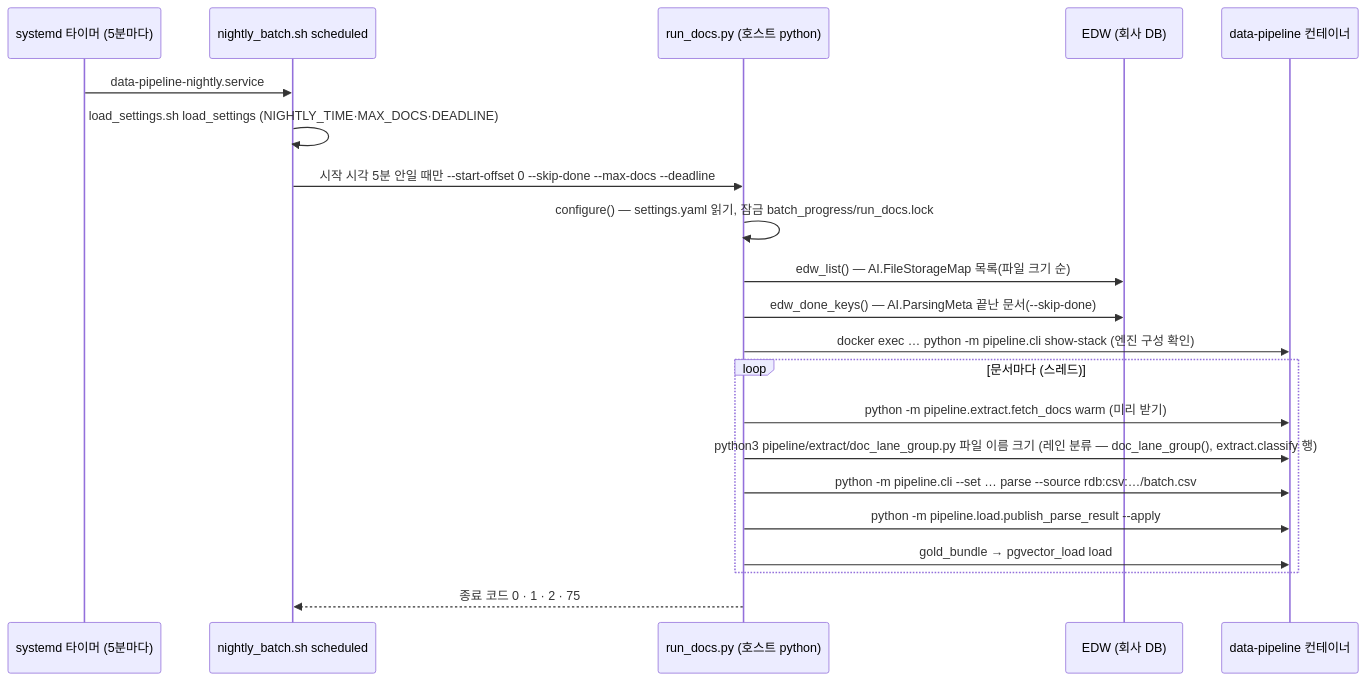
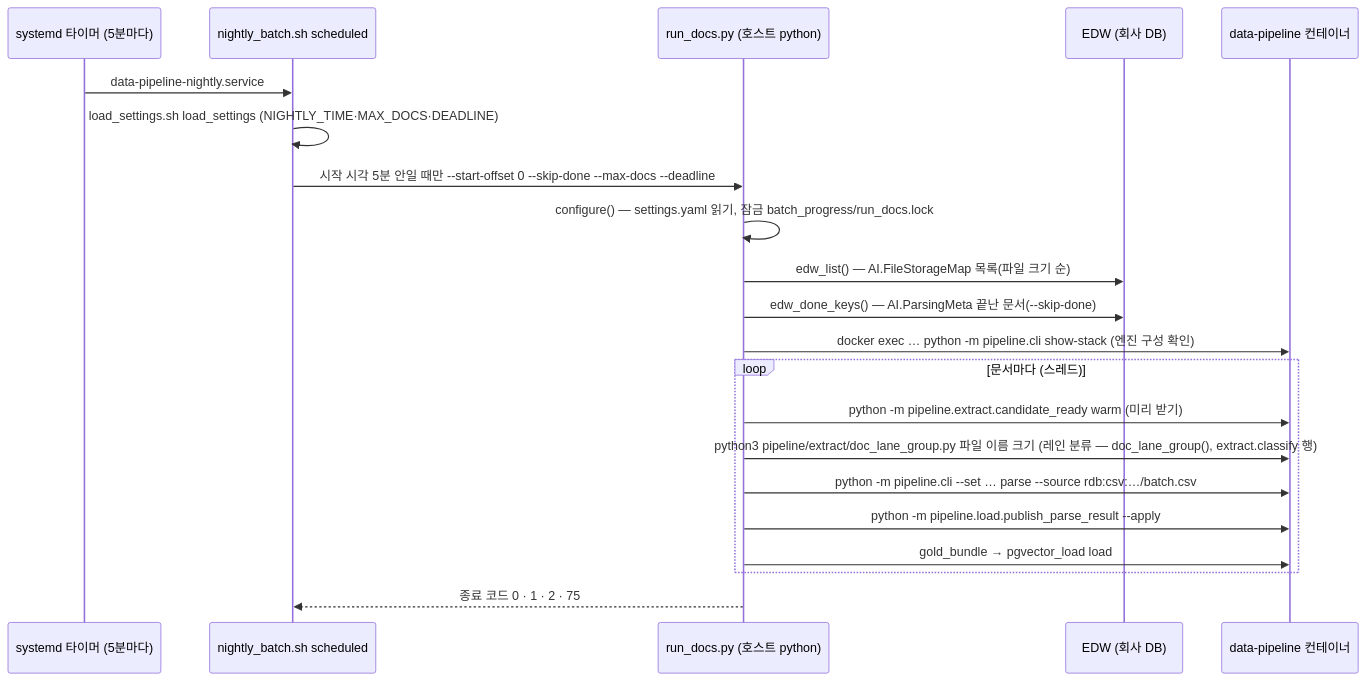
The second of 11 diagrams in docs/architecture/parse_flow.md (gigasamba/sbl_data_parsing), drawn with Mermaid before and after one commit. The commit also changed other lines of this file and 15 other files, not shown here.

````diff
--- a/docs/architecture/parse_flow.md
+++ b/docs/architecture/parse_flow.md
@@ -79,23 +79,23 @@
 ```mermaid
 sequenceDiagram
     participant T as systemd 타이머 (5분마다)
     participant S as nightly_batch.sh scheduled
     participant R as run_docs.py (호스트 python)
     participant E as EDW (회사 DB)
     participant C as data-pipeline 컨테이너
     T->>S: data-pipeline-nightly.service
     S->>S: load_settings.sh load_settings (NIGHTLY_TIME·MAX_DOCS·DEADLINE)
     S->>R: 시작 시각 5분 안일 때만 --start-offset 0 --skip-done --max-docs --deadline
     R->>R: configure() — settings.yaml 읽기, 잠금 batch_progress/run_docs.lock
     R->>E: edw_list() — AI.FileStorageMap 목록(파일 크기 순)
     R->>E: edw_done_keys() — AI.ParsingMeta 끝난 문서(--skip-done)
     R->>C: docker exec … python -m pipeline.cli show-stack (엔진 구성 확인)
     loop 문서마다 (스레드)
-        R->>C: python -m pipeline.extract.fetch_docs warm (미리 받기)
+        R->>C: python -m pipeline.extract.candidate_ready warm (미리 받기)
         R->>C: python3 pipeline/extract/doc_lane_group.py 파일 이름 크기 (레인 분류 — doc_lane_group(), extract.classify 행)
         R->>C: python -m pipeline.cli --set … parse --source rdb:csv:…/batch.csv
         R->>C: python -m pipeline.load.publish_parse_result --apply
         R->>C: gold_bundle → pgvector_load load
     end
     R-->>S: 종료 코드 0 · 1 · 2 · 75
 ```
````
